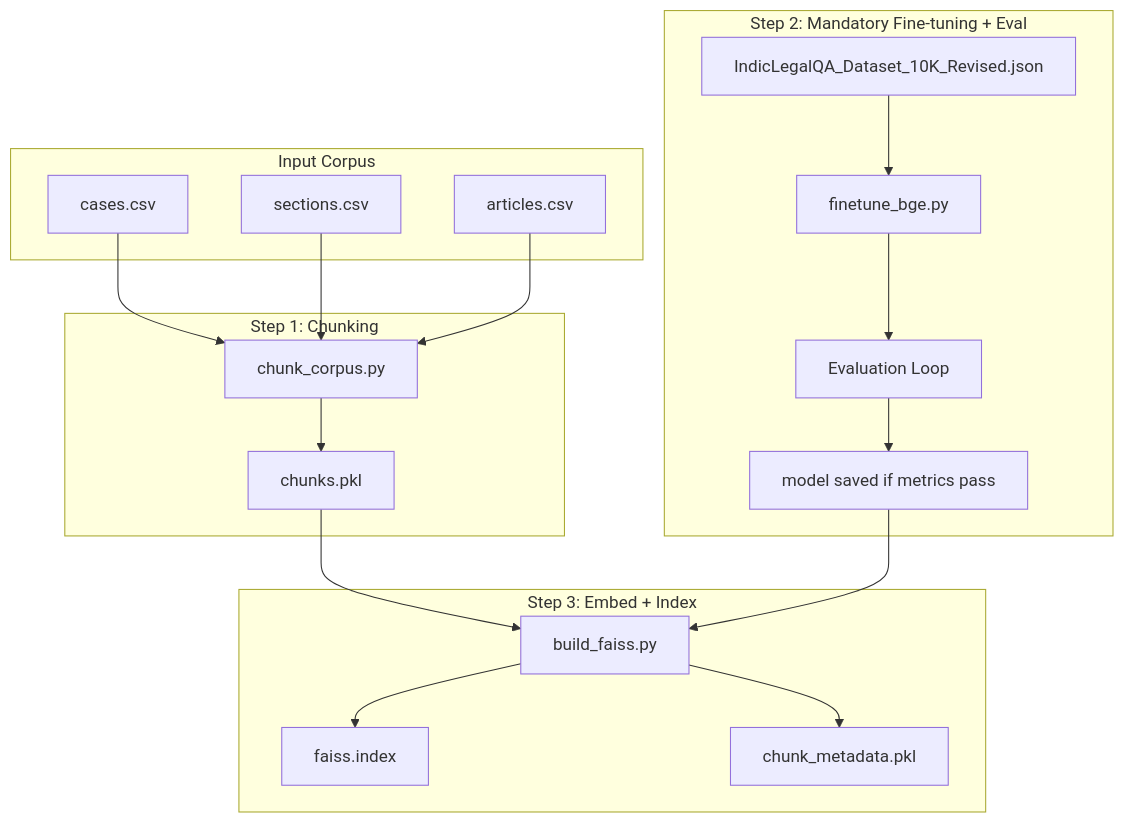
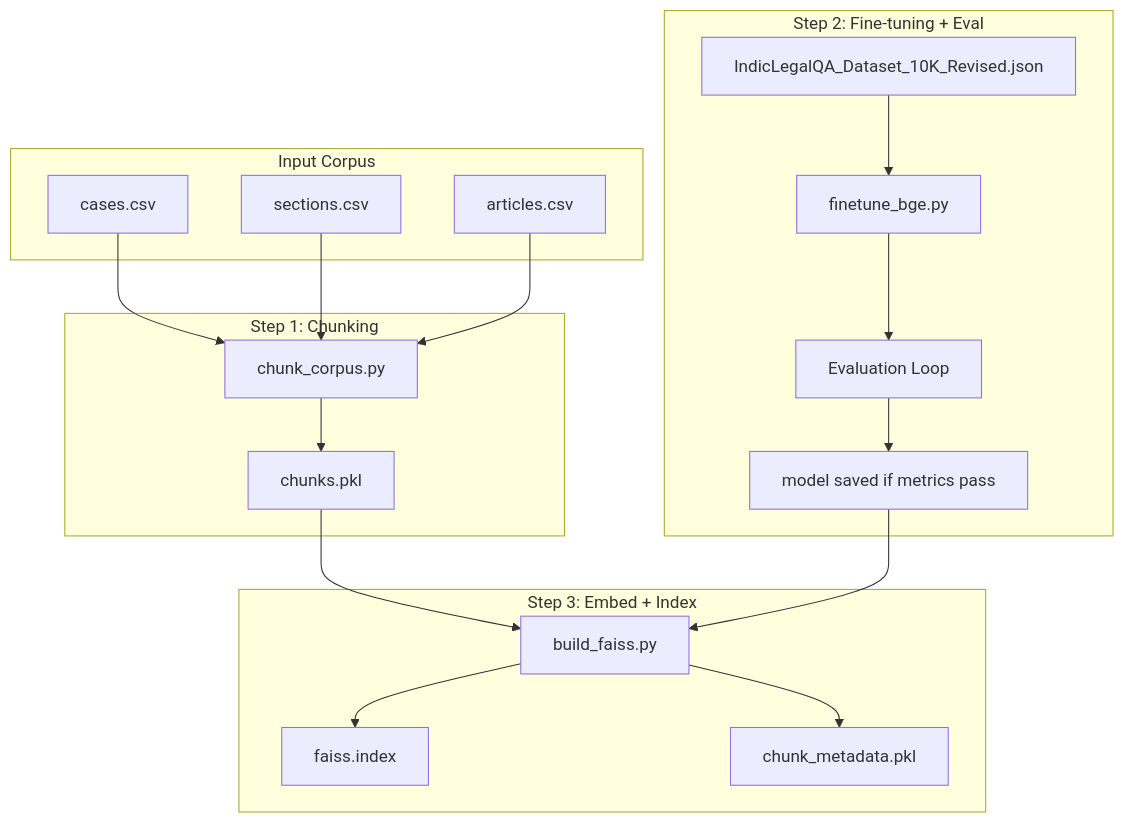
Before and after one commit to AtharvTrivedi21/LegalRAG-KnowledgeGraph: the diagram in Documentation/Phase3_Diagram.md, drawn with Mermaid.

````diff
--- a/Documentation/Phase3_Diagram.md
+++ b/Documentation/Phase3_Diagram.md
@@ -3,33 +3,33 @@
 ```mermaid
 flowchart TB
     subgraph Inputs [Input Corpus]
         cases[cases.csv]
         sections[sections.csv]
         articles[articles.csv]
     end
 
     subgraph Chunking [Step 1: Chunking]
         ChunkScript[chunk_corpus.py]
         ChunkScript --> chunks_pkl[chunks.pkl]
     end
 
-    subgraph Finetune [Step 2: Mandatory Fine-tuning + Eval]
+    subgraph Finetune [Step 2: Fine-tuning + Eval]
         FinetuneScript[finetune_bge.py]
         IndicQA[IndicLegalQA_Dataset_10K_Revised.json]
         IndicQA --> FinetuneScript
         FinetuneScript --> Eval[Evaluation Loop]
         Eval --> LocalModel[model saved if metrics pass]
     end
 
     subgraph Build [Step 3: Embed + Index]
         BuildScript[build_faiss.py]
         chunks_pkl --> BuildScript
         LocalModel --> BuildScript
         BuildScript --> faiss_idx[faiss.index]
         BuildScript --> meta_pkl[chunk_metadata.pkl]
     end
 
     cases --> ChunkScript
     sections --> ChunkScript
     articles --> ChunkScript
 ```
````
